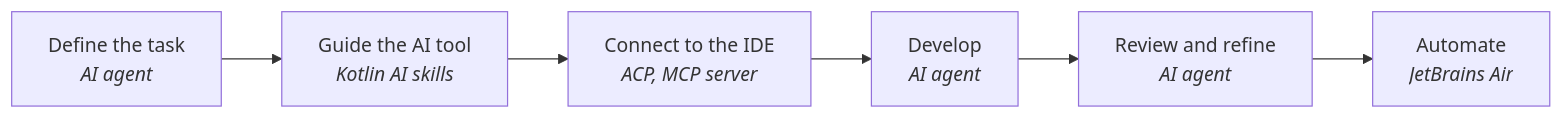
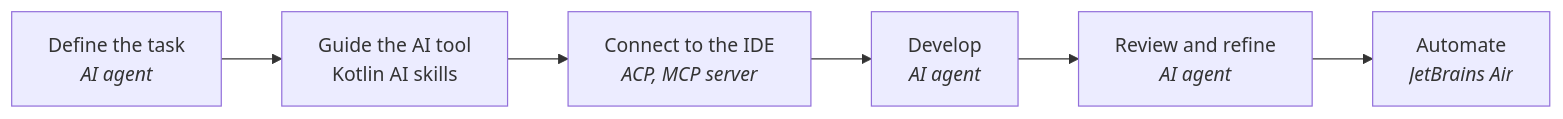
Before and after one commit to JetBrains/kotlin-web-site: the first of 2 diagrams in docs/topics/ai/ai-for-development.md, drawn with Mermaid.

````diff
--- a/docs/topics/ai/ai-for-development.md
+++ b/docs/topics/ai/ai-for-development.md
@@ -15,11 +15,11 @@
 ```mermaid
 graph LR
     DefineTask["Define the task<br/><i>AI agent</i>"]
-    Guide["Guide the AI tool<br/><i>Kotlin AI skills</i>"]
+    Guide["Guide the AI tool<br/><emphasis>Kotlin AI skills</emphasis>"]
     Connect["Connect to the IDE<br/><i>ACP, MCP server</i>"]
     Implement["Develop<br/><i>AI agent</i>"]
     Review["Review and refine<br/><i>AI agent</i>"]
     Automate["Automate<br/><i>JetBrains Air</i>"]
 
     DefineTask --> Guide --> Connect --> Implement --> Review --> Automate
 ```
````
